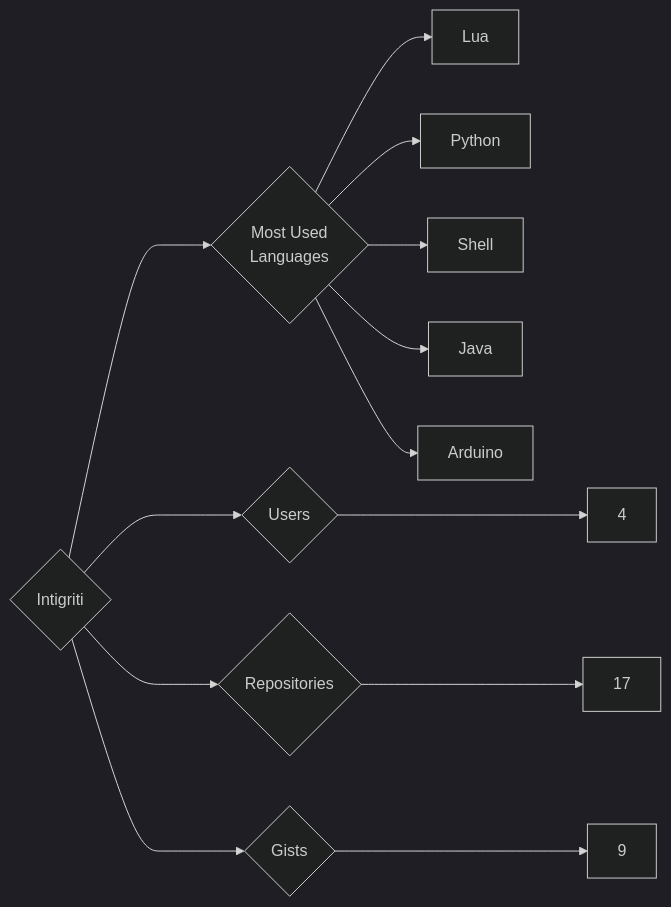
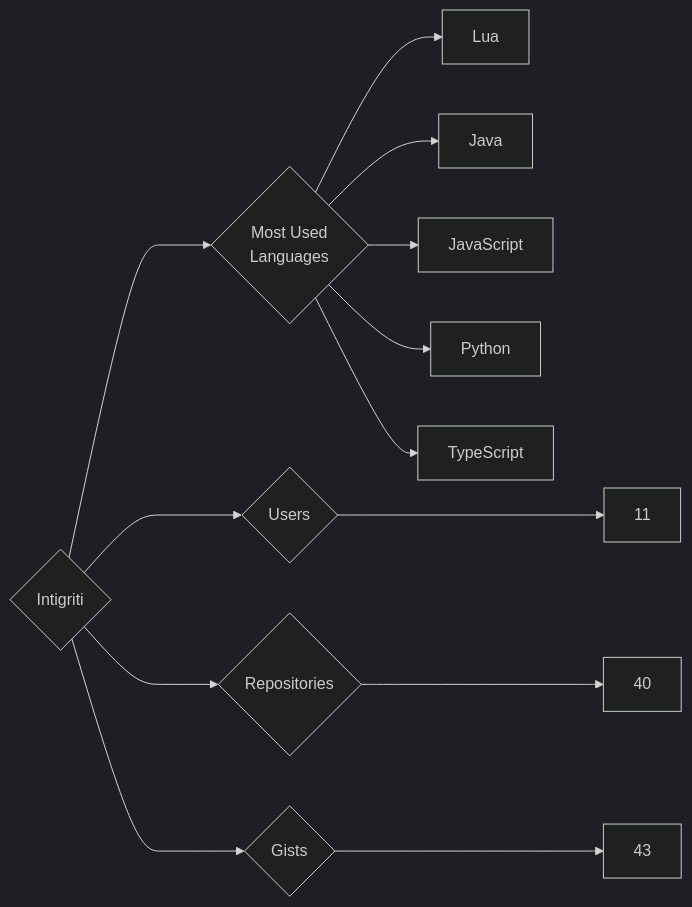
Before and after one commit to trickest/insiders: the diagram in targets/Intigriti/README.md, drawn with Mermaid (dark theme). The commit also changed 1166 other files, not shown here.

````diff
--- a/targets/Intigriti/README.md
+++ b/targets/Intigriti/README.md
@@ -3,13 +3,13 @@
 ```mermaid
 graph LR
 COMPANY_NAME{Intigriti}
-COMPANY_NAME ---> U{Users} ---> UN[4]
-COMPANY_NAME ---> R{Repositories} ---> RN[17]
-COMPANY_NAME ---> G{Gists} ---> GN[9]
+COMPANY_NAME ---> U{Users} ---> UN[11]
+COMPANY_NAME ---> R{Repositories} ---> RN[40]
+COMPANY_NAME ---> G{Gists} ---> GN[43]
 COMPANY_NAME ---> ML{Most Used<br>Languages}
 ML --> Lua[Lua]
+ML --> Java[Java]
+ML --> JavaScript[JavaScript]
 ML --> Python[Python]
-ML --> Shell[Shell]
-ML --> Java[Java]
-ML --> Arduino[Arduino]
+ML --> TypeScript[TypeScript]
 ```
````
